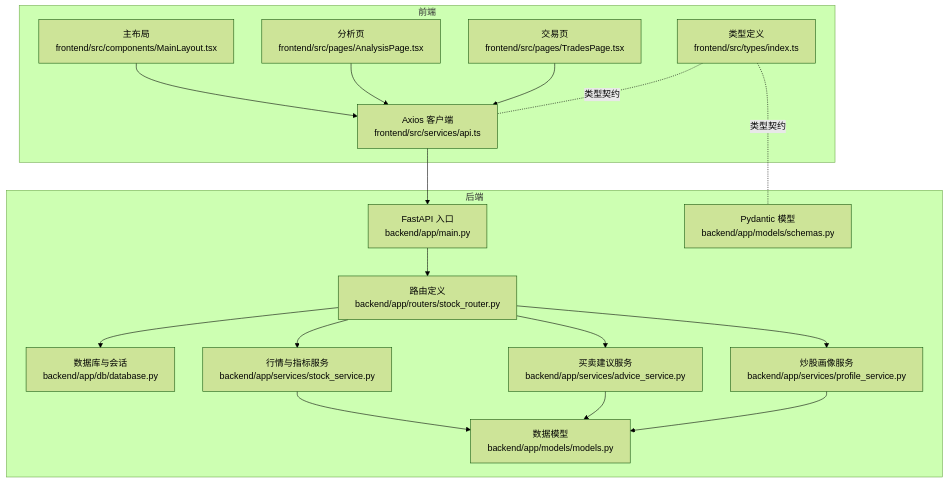
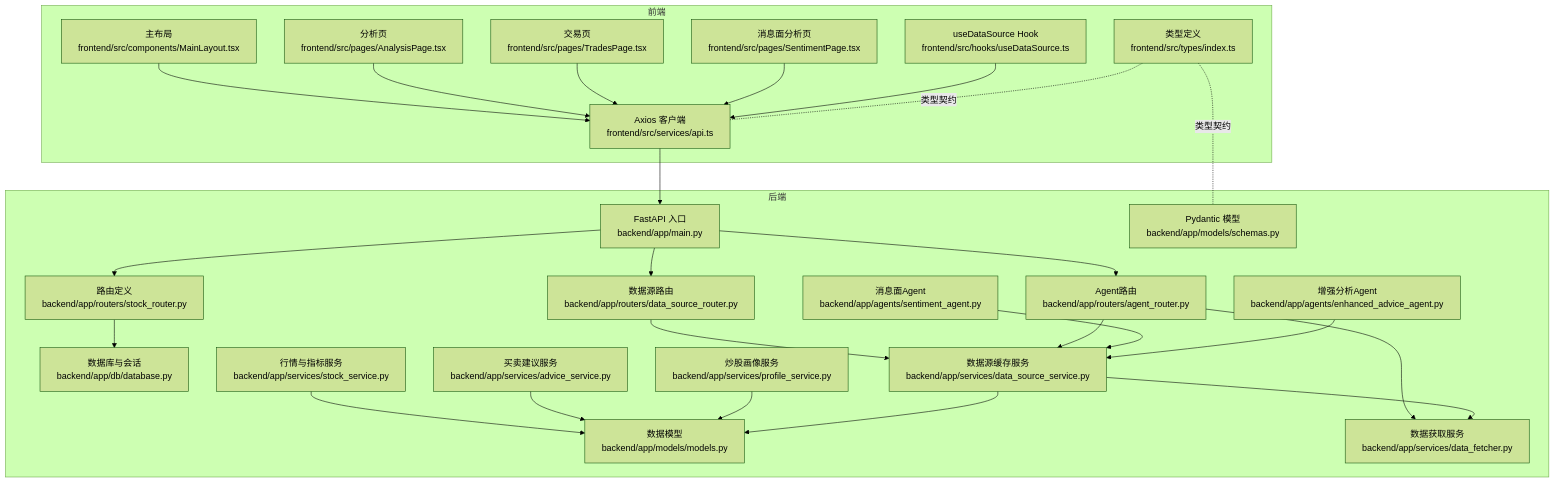
One commit to Moruime/stock_foker changed the first of 12 diagrams in .qoder/repowiki/zh/content/架构设计/数据流设计.md. Above: the diagram before and after it, drawn with Mermaid (forest theme). The commit also changed other lines of this file and 12 other files, not shown here.

````diff
--- a/.qoder/repowiki/zh/content/架构设计/数据流设计.md
+++ b/.qoder/repowiki/zh/content/架构设计/数据流设计.md
@@ -40,34 +52,50 @@
 ```mermaid
 graph TB
 subgraph "前端"
 FE_API["Axios 客户端<br/>frontend/src/services/api.ts"]
 FE_TYPES["类型定义<br/>frontend/src/types/index.ts"]
 FE_LAYOUT["主布局<br/>frontend/src/components/MainLayout.tsx"]
 FE_ANALYSIS["分析页<br/>frontend/src/pages/AnalysisPage.tsx"]
 FE_TRADES["交易页<br/>frontend/src/pages/TradesPage.tsx"]
+FE_SENTIMENT["消息面分析页<br/>frontend/src/pages/SentimentPage.tsx"]
+FE_HOOK["useDataSource Hook<br/>frontend/src/hooks/useDataSource.ts"]
 end
 subgraph "后端"
 BE_MAIN["FastAPI 入口<br/>backend/app/main.py"]
 BE_ROUTER["路由定义<br/>backend/app/routers/stock_router.py"]
+BE_DS_ROUTER["数据源路由<br/>backend/app/routers/data_source_router.py"]
+BE_AGENT_ROUTER["Agent路由<br/>backend/app/routers/agent_router.py"]
 BE_DB["数据库与会话<br/>backend/app/db/database.py"]
 BE_MODELS["数据模型<br/>backend/app/models/models.py"]
 BE_SCHEMAS["Pydantic 模型<br/>backend/app/models/schemas.py"]
 BE_SVC_STOCK["行情与指标服务<br/>backend/app/services/stock_service.py"]
 BE_SVC_ADVICE["买卖建议服务<br/>backend/app/services/advice_service.py"]
 BE_SVC_PROFILE["炒股画像服务<br/>backend/app/services/profile_service.py"]
+BE_SVC_DATA_FETCH["数据获取服务<br/>backend/app/services/data_fetcher.py"]
+BE_SVC_DATA_SRC["数据源缓存服务<br/>backend/app/services/data_source_service.py"]
+BE_AGENT_SENTIMENT["消息面Agent<br/>backend/app/agents/sentiment_agent.py"]
+BE_AGENT_ENHANCED["增强分析Agent<br/>backend/app/agents/enhanced_advice_agent.py"]
 end
 FE_API --> BE_MAIN
 FE_LAYOUT --> FE_API
 FE_ANALYSIS --> FE_API
 FE_TRADES --> FE_API
+FE_SENTIMENT --> FE_API
+FE_HOOK --> FE_API
 BE_MAIN --> BE_ROUTER
+BE_MAIN --> BE_DS_ROUTER
+BE_MAIN --> BE_AGENT_ROUTER
 BE_ROUTER --> BE_DB
-BE_ROUTER --> BE_SVC_STOCK
-BE_ROUTER --> BE_SVC_ADVICE
-BE_ROUTER --> BE_SVC_PROFILE
+BE_DS_ROUTER --> BE_SVC_DATA_SRC
+BE_AGENT_ROUTER --> BE_SVC_DATA_SRC
+BE_AGENT_ROUTER --> BE_SVC_DATA_FETCH
 BE_SVC_STOCK --> BE_MODELS
 BE_SVC_ADVICE --> BE_MODELS
 BE_SVC_PROFILE --> BE_MODELS
+BE_SVC_DATA_SRC --> BE_SVC_DATA_FETCH
+BE_SVC_DATA_SRC --> BE_MODELS
+BE_AGENT_SENTIMENT --> BE_SVC_DATA_SRC
+BE_AGENT_ENHANCED --> BE_SVC_DATA_SRC
 FE_TYPES -. 类型契约 .- FE_API
 FE_TYPES -. 类型契约 .- BE_SCHEMAS
 ```
````
